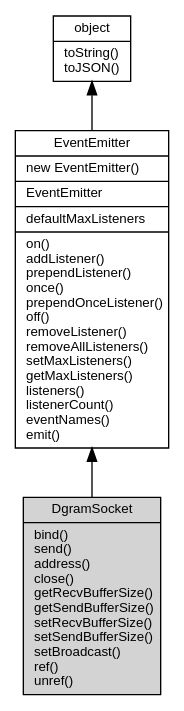
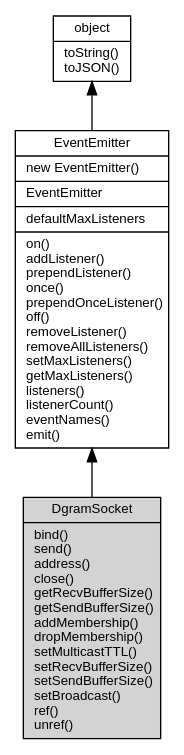
One commit to fibjs/fibjs.org changed the diagram in docs/manual/object/ifs/DgramSocket.md. Above: the diagram before and after it, drawn with Graphviz. The commit also changed other lines of this file and 41 other files, not shown here.

````diff
--- a/docs/manual/object/ifs/DgramSocket.md
+++ b/docs/manual/object/ifs/DgramSocket.md
@@ -35,12 +35,12 @@
 ```dot
 digraph {
     node [fontname="Helvetica,sans-Serif", fontsize=10, shape="record", style="filled", fillcolor="white"];
 
     object [tooltip="object", URL="object.md", label="{object|toString()\ltoJSON()\l}"];
     EventEmitter [tooltip="EventEmitter", URL="EventEmitter.md", label="{EventEmitter|new EventEmitter()\l|EventEmitter\l|defaultMaxListeners\l|on()\laddListener()\lprependListener()\lonce()\lprependOnceListener()\loff()\lremoveListener()\lremoveAllListeners()\lsetMaxListeners()\lgetMaxListeners()\llisteners()\llistenerCount()\leventNames()\lemit()\l}"];
-    DgramSocket [tooltip="DgramSocket", fillcolor="lightgray", id="me", label="{DgramSocket|bind()\lsend()\laddress()\lclose()\lgetRecvBufferSize()\lgetSendBufferSize()\lsetRecvBufferSize()\lsetSendBufferSize()\lsetBroadcast()\lref()\lunref()\l}"];
+    DgramSocket [tooltip="DgramSocket", fillcolor="lightgray", id="me", label="{DgramSocket|bind()\lsend()\laddress()\lclose()\lgetRecvBufferSize()\lgetSendBufferSize()\laddMembership()\ldropMembership()\lsetMulticastTTL()\lsetRecvBufferSize()\lsetSendBufferSize()\lsetBroadcast()\lref()\lunref()\l}"];
 
     object -> EventEmitter [dir=back];
     EventEmitter -> DgramSocket [dir=back];
 }
 ```
````
